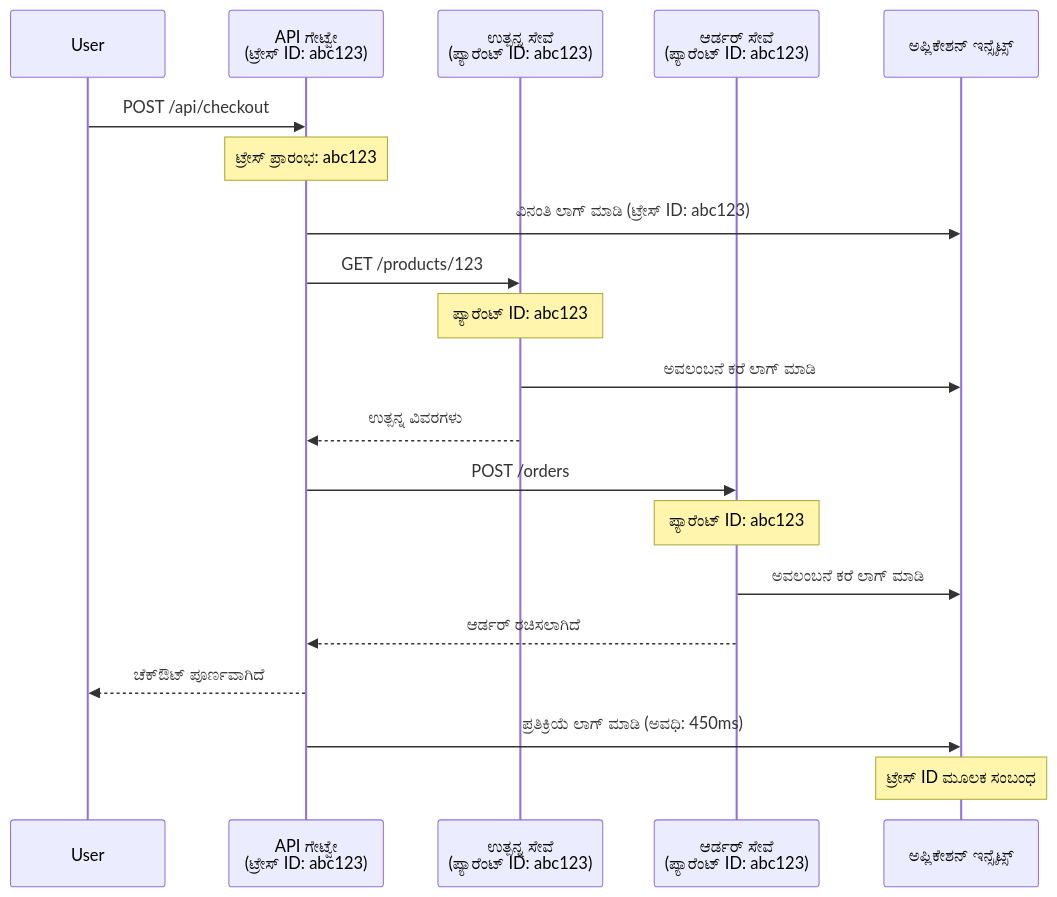
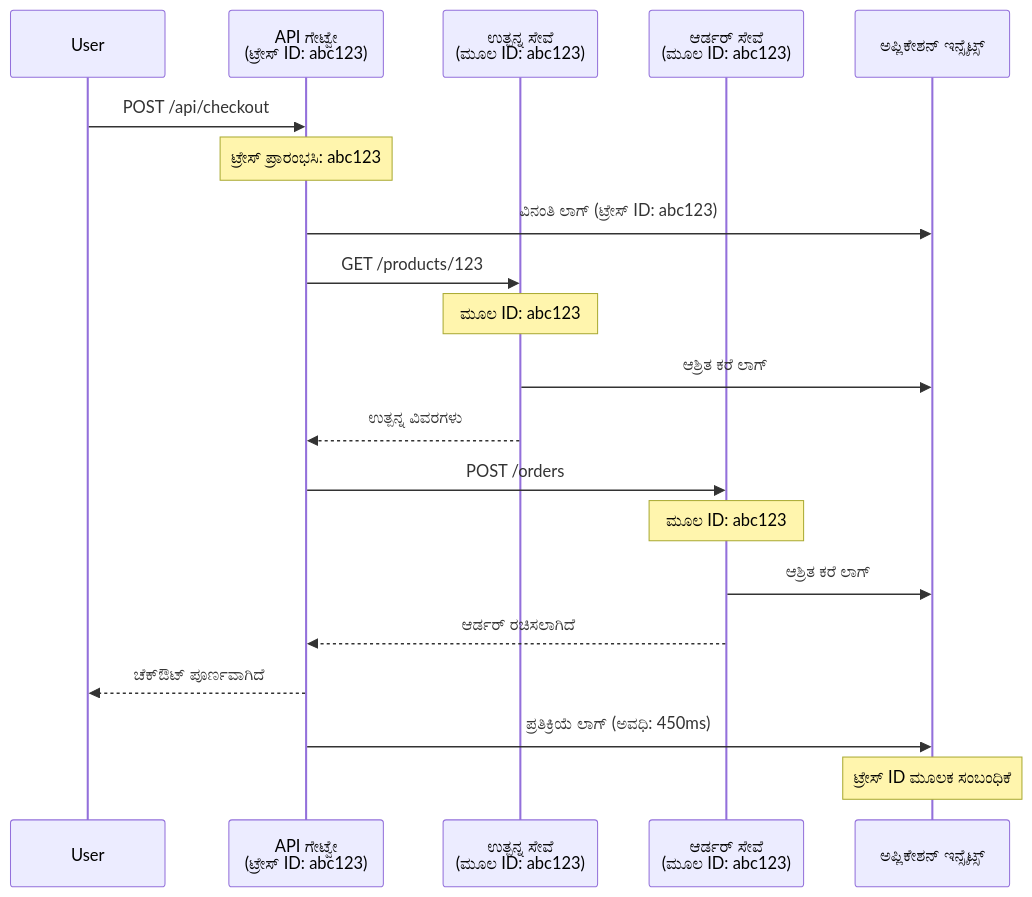
Before and after one commit to microsoft/AZD-for-beginners: the second of 2 diagrams in translations/kn/docs/chapter-06-pre-deployment/application-insights.md, drawn with Mermaid. The commit also changed other lines of this file and 102 other files, not shown here.

````diff
--- a/translations/kn/docs/chapter-06-pre-deployment/application-insights.md
+++ b/translations/kn/docs/chapter-06-pre-deployment/application-insights.md
@@ -744,27 +744,27 @@
 ```mermaid
 sequenceDiagram
     participant User
-    participant Gateway as API ಗೇಟ್ವೇ<br/>(ಟ್ರೇಸ್ ID: abc123)
-    participant Product as ಉತ್ಪನ್ನ ಸೇವೆ<br/>(ಪ್ಯಾರೆಂಟ್ ID: abc123)
-    participant Order as ಆರ್ಡರ್ ಸೇವೆ<br/>(ಪ್ಯಾರೆಂಟ್ ID: abc123)
+    participant Gateway as API ಗೇಟ್ವೇ<br/>(ಟ್ರೇಸ್ ID: abc123)
+    participant Product as ಉತ್ಪನ್ನ ಸೇವೆ<br/>(ಮೂಲ ID: abc123)
+    participant Order as ಆರ್ಡರ್ ಸೇವೆ<br/>(ಮೂಲ ID: abc123)
     participant AppInsights as ಅಪ್ಲಿಕೇಶನ್ ಇನ್ಸೈಟ್ಸ್
     
     User->>Gateway: POST /api/checkout
-    Note over Gateway: ಟ್ರೇಸ್ ಪ್ರಾರಂಭ: abc123
-    Gateway->>AppInsights: ವಿನಂತಿ ಲಾಗ್ ಮಾಡಿ (ಟ್ರೇಸ್ ID: abc123)
+    Note over Gateway: ಟ್ರೇಸ್ ಪ್ರಾರಂಭಸಿ: abc123
+    Gateway->>AppInsights: ವಿನಂತಿ ಲಾಗ್ (ಟ್ರೇಸ್ ID: abc123)
     
     Gateway->>Product: GET /products/123
-    Note over Product: ಪ್ಯಾರೆಂಟ್ ID: abc123
-    Product->>AppInsights: ಅವಲಂಬನೆ ಕರೆ ಲಾಗ್ ಮಾಡಿ
+    Note over Product: ಮೂಲ ID: abc123
+    Product->>AppInsights: ಆಶ್ರಿತ ಕರೆ ಲಾಗ್
     Product-->>Gateway: ಉತ್ಪನ್ನ ವಿವರಗಳು
     
     Gateway->>Order: POST /orders
-    Note over Order: ಪ್ಯಾರೆಂಟ್ ID: abc123
-    Order->>AppInsights: ಅವಲಂಬನೆ ಕರೆ ಲಾಗ್ ಮಾಡಿ
+    Note over Order: ಮೂಲ ID: abc123
+    Order->>AppInsights: ಆಶ್ರಿತ ಕರೆ ಲಾಗ್
     Order-->>Gateway: ಆರ್ಡರ್ ರಚಿಸಲಾಗಿದೆ
     
-    Gateway-->>User: ಚೆಕ್‌ಔಟ್ ಪೂರ್ಣವಾಗಿದೆ
-    Gateway->>AppInsights: ಪ್ರತಿಕ್ರಿಯೆ ಲಾಗ್ ಮಾಡಿ (ಅವಧಿ: 450ms)
+    Gateway-->>User: ಚೆಕ್ಔಟ್ ಪೂರ್ಣವಾಗಿದೆ
+    Gateway->>AppInsights: ಪ್ರತಿಕ್ರಿಯೆ ಲಾಗ್ (ಅವಧಿ: 450ms)
     
-    Note over AppInsights: ಟ್ರೇಸ್ ID ಮೂಲಕ ಸಂಬಂಧ
+    Note over AppInsights: ಟ್ರೇಸ್ ID ಮೂಲಕ ಸಂಬಂಧಿಕೆ
 ```
````
